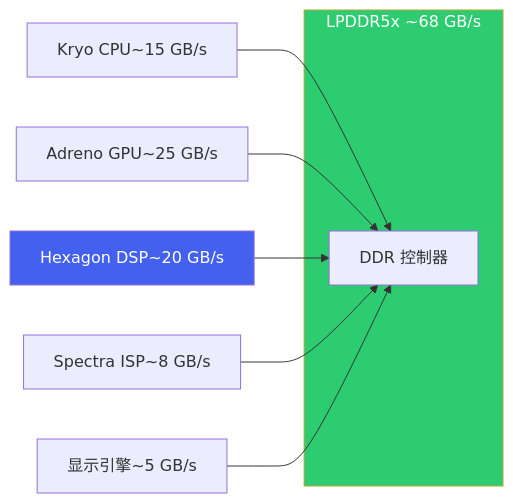
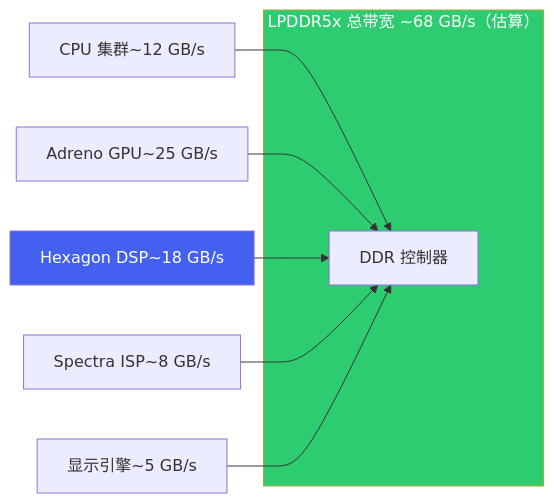
One commit to ranpin/edge-ai-docs changed the ninth of 9 diagrams in cockpit/general/hardware.md. Above: the diagram before and after it, drawn with Mermaid. The commit also changed other lines of this file and 13 other files, not shown here.

````diff
--- a/cockpit/general/hardware.md
+++ b/cockpit/general/hardware.md
@@ -378,15 +438,15 @@
 ```mermaid
 flowchart LR
-    subgraph DDR["LPDDR5x ~68 GB/s"]
+    subgraph DDR["LPDDR5x 总带宽 ~68 GB/s（估算）"]
         MEM["DDR 控制器"]
     end
 
-    CPU["Kryo CPU~15 GB/s"] --> MEM
+    CPU["CPU 集群~12 GB/s"] --> MEM
     GPU["Adreno GPU~25 GB/s"] --> MEM
-    DSP["Hexagon DSP~20 GB/s"] --> MEM
+    DSP["Hexagon DSP~18 GB/s"] --> MEM
     ISP["Spectra ISP~8 GB/s"] --> MEM
     DPU["显示引擎~5 GB/s"] --> MEM
 
     style DSP fill:#4361ee,color:#fff
     style DDR fill:#2ecc71,color:#fff
 ```
````
